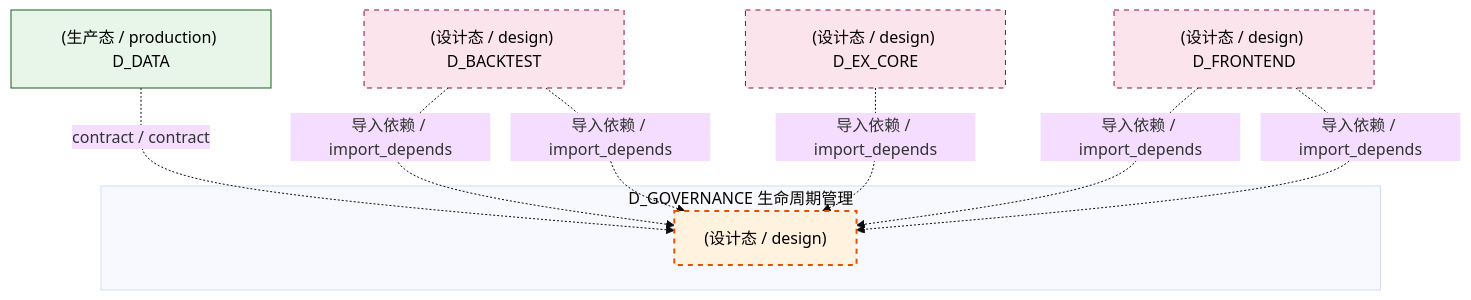
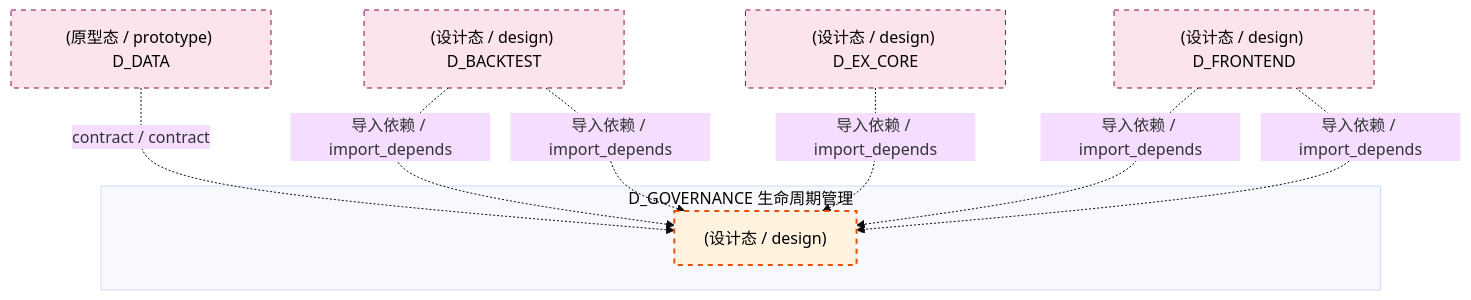
The tenth of 12 diagrams in docs/02_enterprise_architecture/02_domain_architecture_docs/38_d_governance.md (xuanFelixVan/ZephyrAlpha), drawn with Mermaid (base theme) before and after one commit. The commit also changed other lines of this file and 103 other files, not shown here.

````diff
--- a/docs/02_enterprise_architecture/02_domain_architecture_docs/38_d_governance.md
+++ b/docs/02_enterprise_architecture/02_domain_architecture_docs/38_d_governance.md
@@ -1100,23 +1109,22 @@
 ```mermaid
 graph TD
     subgraph D_GOVERNANCE["D_GOVERNANCE 生命周期管理"]
         src_zephyr_governance_data_governance_miniqmt_provider_py["(设计态 / design) "]
     end
-    D_DATA["(生产态 / production) D_DATA"]
+    D_DATA["(原型态 / prototype) D_DATA"]
     D_DATA -.->|contract / contract| src_zephyr_governance_data_governance_miniqmt_provider_py
     D_BACKTEST["(设计态 / design) D_BACKTEST"]
     D_BACKTEST -.->|导入依赖 / import_depends| src_zephyr_governance_data_governance_miniqmt_provider_py
     D_BACKTEST -.->|导入依赖 / import_depends| src_zephyr_governance_data_governance_miniqmt_provider_py
     D_EX_CORE["(设计态 / design) D_EX_CORE"]
     D_EX_CORE -.->|导入依赖 / import_depends| src_zephyr_governance_data_governance_miniqmt_provider_py
     D_FRONTEND["(设计态 / design) D_FRONTEND"]
     D_FRONTEND -.->|导入依赖 / import_depends| src_zephyr_governance_data_governance_miniqmt_provider_py
     D_FRONTEND -.->|导入依赖 / import_depends| src_zephyr_governance_data_governance_miniqmt_provider_py
     classDef production fill:#e1f5fe,stroke:#01579b,stroke-width:2px,color:#000
     classDef design fill:#fff3e0,stroke:#e65100,stroke-width:2px,color:#000,stroke-dasharray: 5 5
     classDef external_prod fill:#e8f5e9,stroke:#1b5e20,stroke-width:1px,color:#000
     classDef external_design fill:#fce4ec,stroke:#880e4f,stroke-width:1px,color:#000,stroke-dasharray: 5 5
     class src_zephyr_governance_data_governance_miniqmt_provider_py design
-    class D_DATA external_prod
-    class D_BACKTEST,D_EX_CORE,D_FRONTEND external_design
+    class D_DATA,D_BACKTEST,D_EX_CORE,D_FRONTEND external_design
 ```
````
